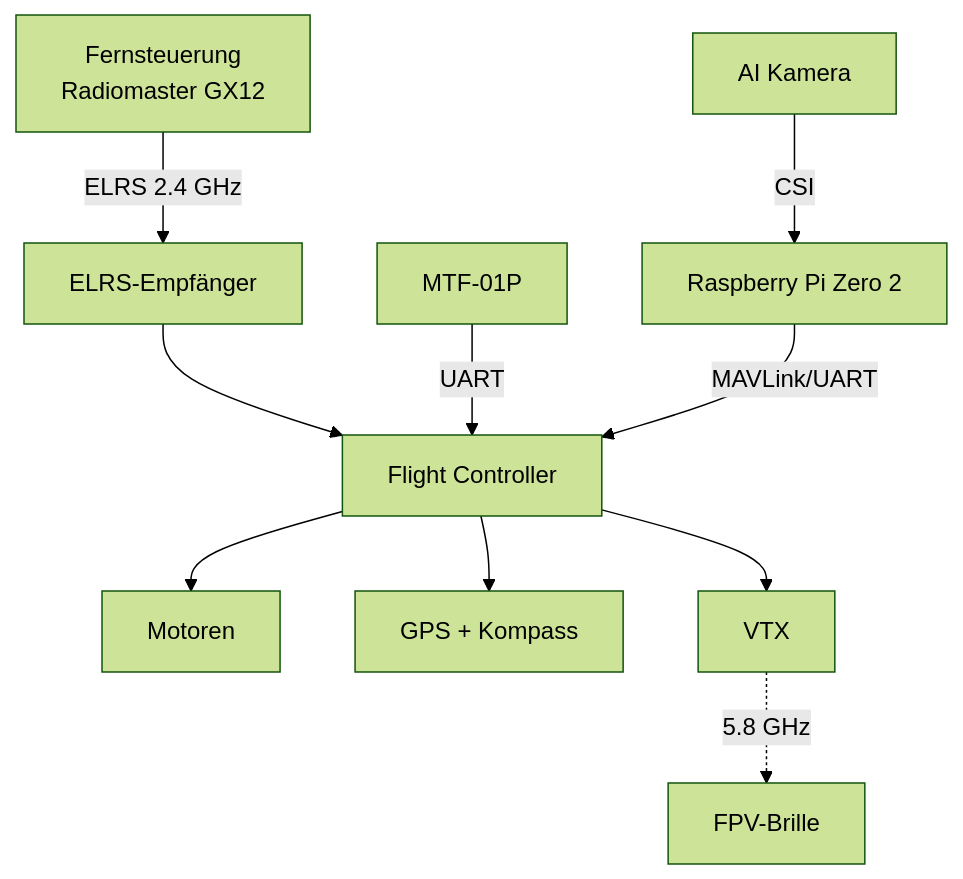
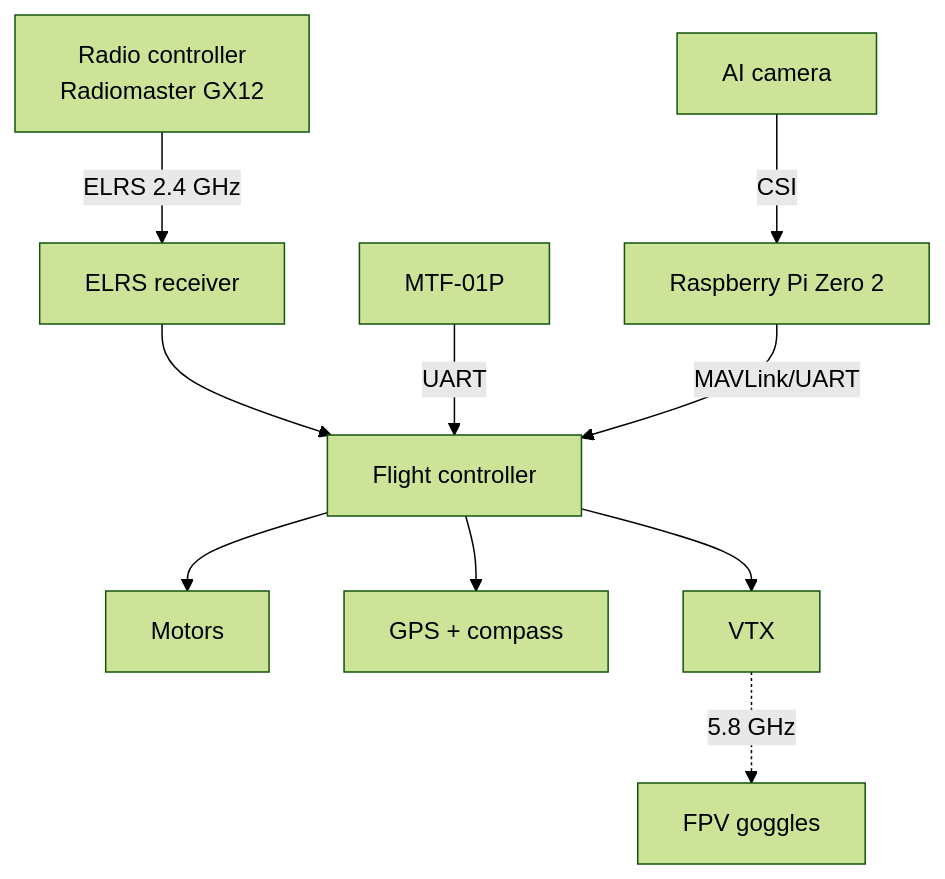
Before and after one commit to LarsReul/project-docs: the diagram in docs/hardware/index.md, drawn with Mermaid (forest theme). The commit also changed other lines of this file and 58 other files, not shown here.

````diff
--- a/docs/hardware/index.md
+++ b/docs/hardware/index.md
@@ -48,12 +48,12 @@
 ```mermaid
 graph TD
-    A[Fernsteuerung<br/>Radiomaster GX12] -->|ELRS 2.4 GHz| B[ELRS-Empfänger]
-    B --> C[Flight Controller]
-    C --> D[Motoren]
-    C --> E[GPS + Kompass]
+    A[Radio controller<br/>Radiomaster GX12] -->|ELRS 2.4 GHz| B[ELRS receiver]
+    B --> C[Flight controller]
+    C --> D[Motors]
+    C --> E[GPS + compass]
     F[MTF-01P] -->|UART| C
     G[Raspberry Pi Zero 2] -->|MAVLink/UART| C
-    H[AI Kamera] -->|CSI| G
+    H[AI camera] -->|CSI| G
     C --> I[VTX]
-    I -.->|5.8 GHz| J[FPV-Brille]
+    I -.->|5.8 GHz| J[FPV goggles]
 ```
````
